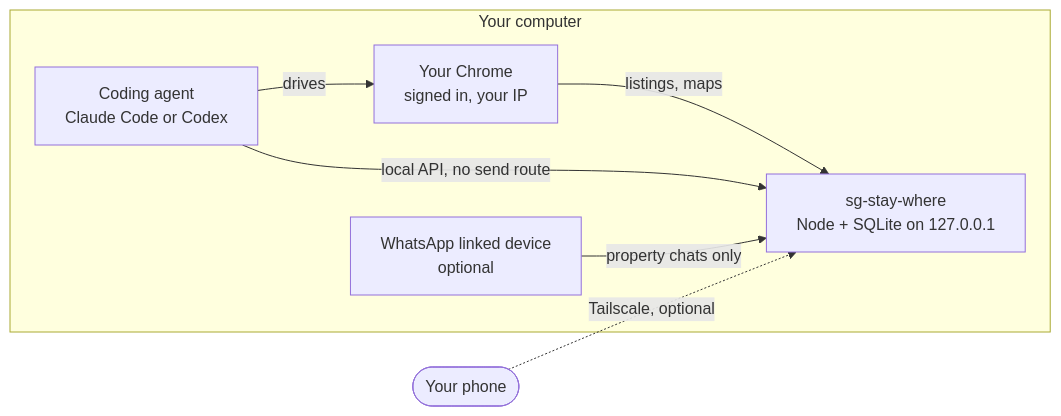
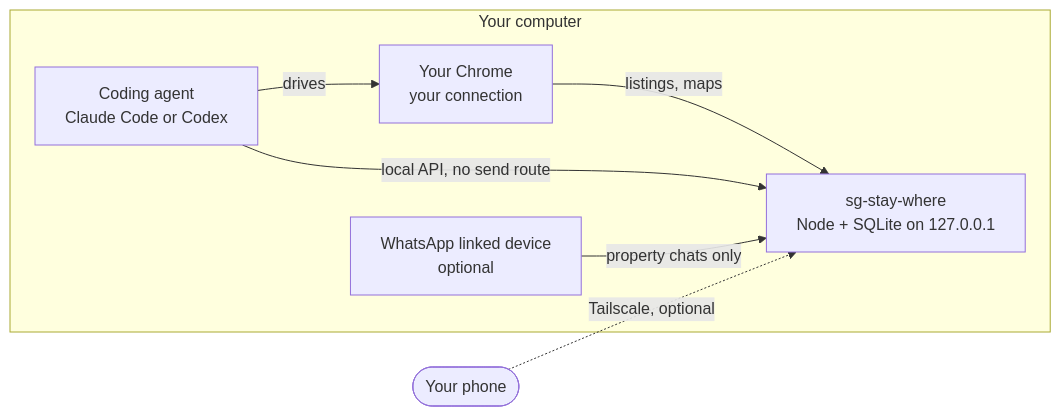
One commit to aldisf/sg-stay-where changed the diagram in docs/architecture.md. Above: the diagram before and after it, drawn with Mermaid. The commit also changed other lines of this file and 3 other files, not shown here.

Commit message:
Docs: polls need a real Chrome on your connection, not a signed-in one

````diff
--- a/docs/architecture.md
+++ b/docs/architecture.md
@@ -7,14 +7,14 @@
 ```mermaid
 flowchart LR
   subgraph you[Your computer]
     agent[Coding agent<br/>Claude Code or Codex]
-    chrome[Your Chrome<br/>signed in, your IP]
+    chrome[Your Chrome<br/>your connection]
     app[sg-stay-where<br/>Node + SQLite on 127.0.0.1]
     wa[WhatsApp linked device<br/>optional]
   end
   agent -- drives --> chrome
   chrome -- listings, maps --> app
   agent -- local API, no send route --> app
   wa -- property chats only --> app
   phone([Your phone]) -. Tailscale, optional .-> app
 ```
````
